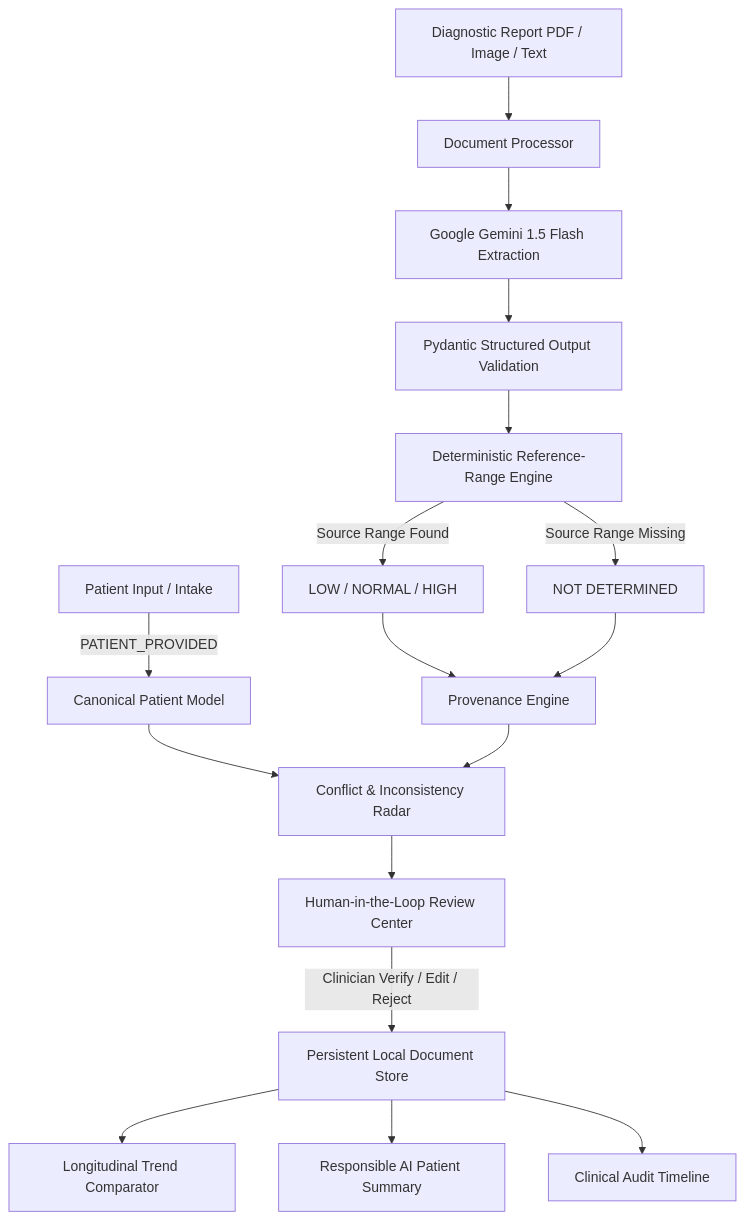
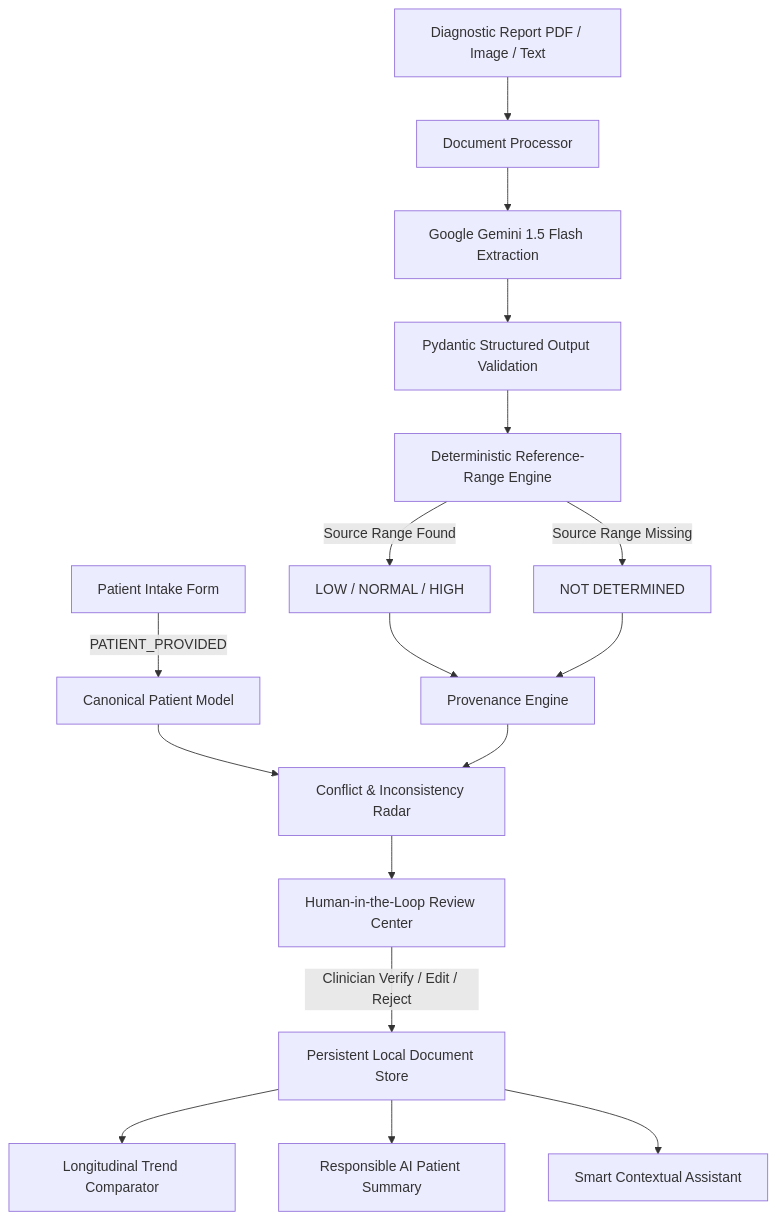
One commit to 23-303-mvsrec/medlens changed the diagram in README.md. Above: the diagram before and after it, drawn with Mermaid. The commit also changed other lines of this file and 7 other files, not shown here.

Commit message:
feat: add smart context-aware clinical assistant and comprehensive test suite

````diff
--- a/README.md
+++ b/README.md
@@ -49,19 +51,19 @@
 ```mermaid
 flowchart TD
-    A[Patient Input / Intake] -->|PATIENT_PROVIDED| B[Canonical Patient Model]
+    A[Patient Intake Form] -->|PATIENT_PROVIDED| B[Canonical Patient Model]
     C[Diagnostic Report PDF / Image / Text] --> D[Document Processor]
     D --> E[Google Gemini 1.5 Flash Extraction]
     E --> F[Pydantic Structured Output Validation]
     F --> G[Deterministic Reference-Range Engine]
     G -->|Source Range Found| H[LOW / NORMAL / HIGH]
     G -->|Source Range Missing| I[NOT DETERMINED]
     H --> J[Provenance Engine]
     I --> J
     B --> K[Conflict & Inconsistency Radar]
     J --> K
     K --> L[Human-in-the-Loop Review Center]
     L -->|Clinician Verify / Edit / Reject| M[Persistent Local Document Store]
     M --> N[Longitudinal Trend Comparator]
     M --> O[Responsible AI Patient Summary]
-    M --> P[Clinical Audit Timeline]
+    M --> P[Smart Contextual Assistant]
 ```
````
